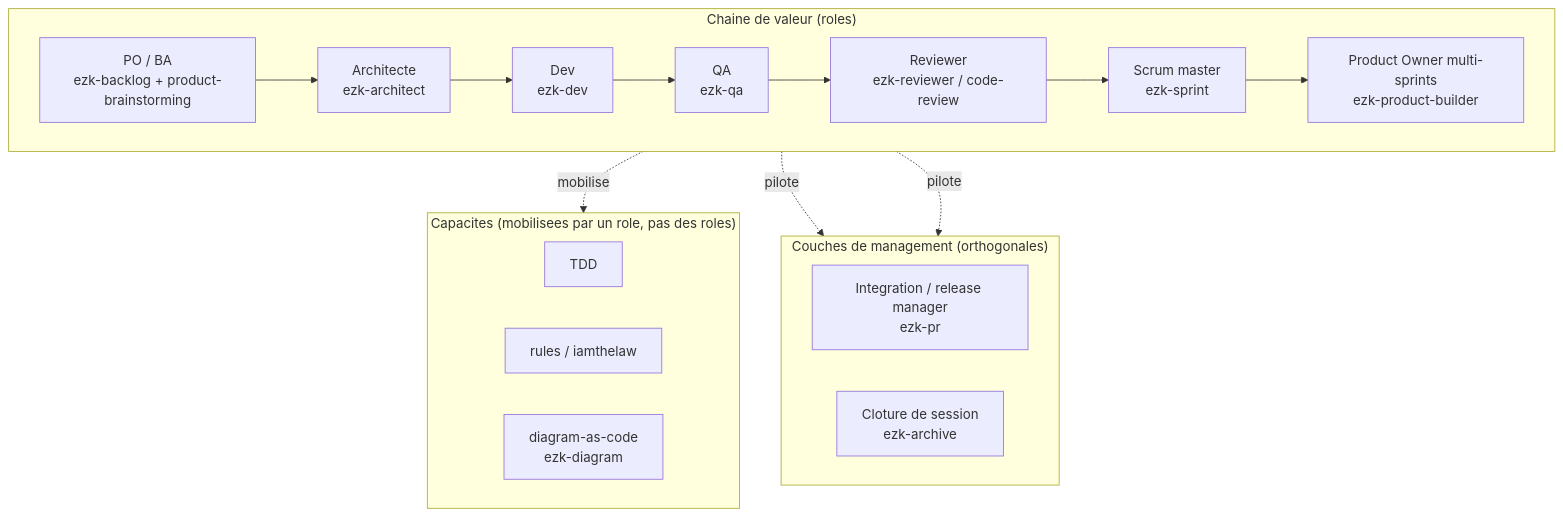
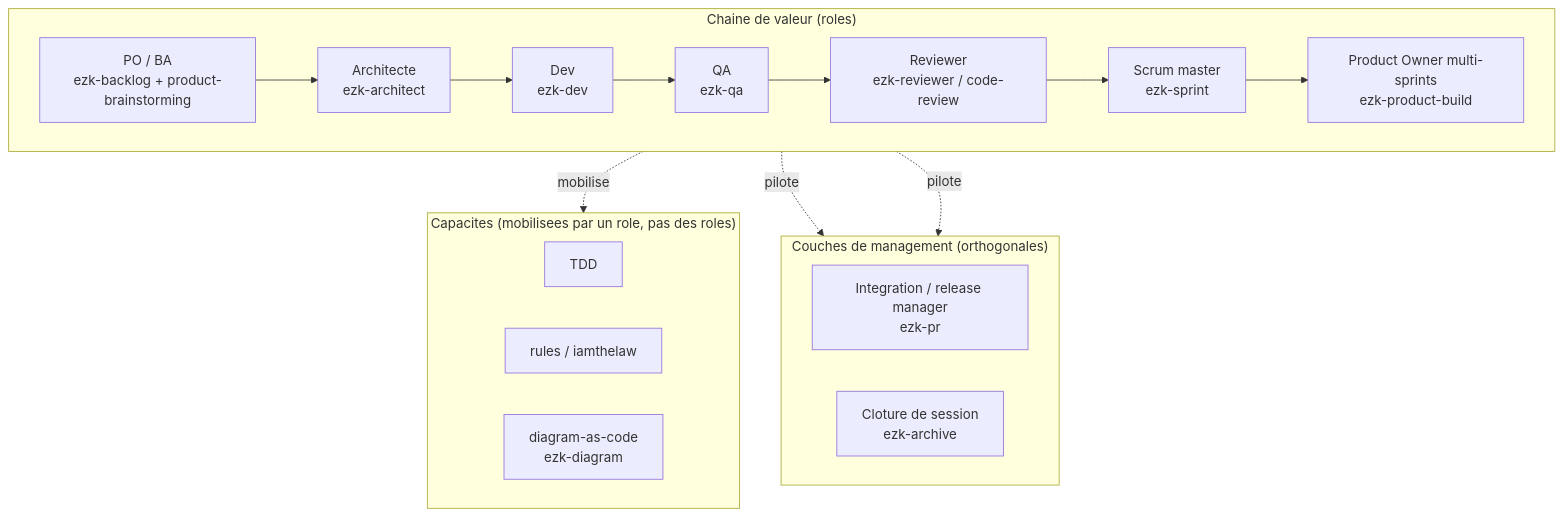
Before and after one commit to elzinko/vectorz: the diagram in products/mega-city/diagrams/0028-org-chart-roles/diagram.mmd, drawn with Mermaid. The commit also changed 164 other files, not shown here.

```diff
--- a/products/mega-city/diagrams/0028-org-chart-roles/diagram.mmd
+++ b/products/mega-city/diagrams/0028-org-chart-roles/diagram.mmd
@@ -1,24 +1,24 @@
 flowchart TB
   subgraph VC["Chaine de valeur (roles)"]
     direction LR
     POBA["PO / BA<br/>ezk-backlog + product-brainstorming"] --> ARCH["Architecte<br/>ezk-architect"]
     ARCH --> DEV["Dev<br/>ezk-dev"]
     DEV --> QA["QA<br/>ezk-qa"]
     QA --> REV["Reviewer<br/>ezk-reviewer / code-review"]
     REV --> SM["Scrum master<br/>ezk-sprint"]
-    SM --> POM["Product Owner multi-sprints<br/>ezk-product-builder"]
+    SM --> POM["Product Owner multi-sprints<br/>ezk-product-build"]
   end
   subgraph MGMT["Couches de management (orthogonales)"]
     direction LR
     IRM["Integration / release manager<br/>ezk-pr"]
     CLO["Cloture de session<br/>ezk-archive"]
   end
   subgraph CAP["Capacites (mobilisees par un role, pas des roles)"]
     direction LR
     TDD["TDD"]
     RULES["rules / iamthelaw"]
     DACAP["diagram-as-code<br/>ezk-diagram"]
   end
   DEV -. mobilise .-> TDD
   POM -. pilote .-> IRM
   POM -. pilote .-> CLO
```
